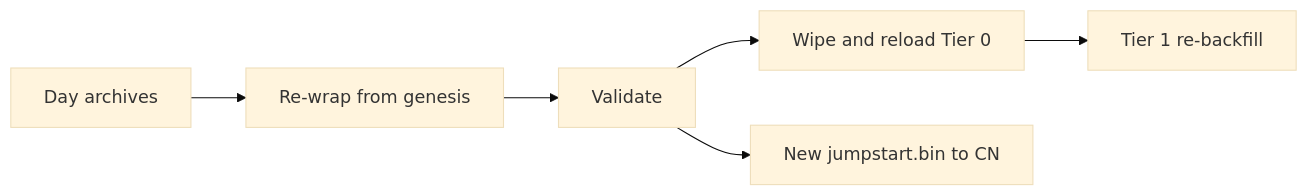
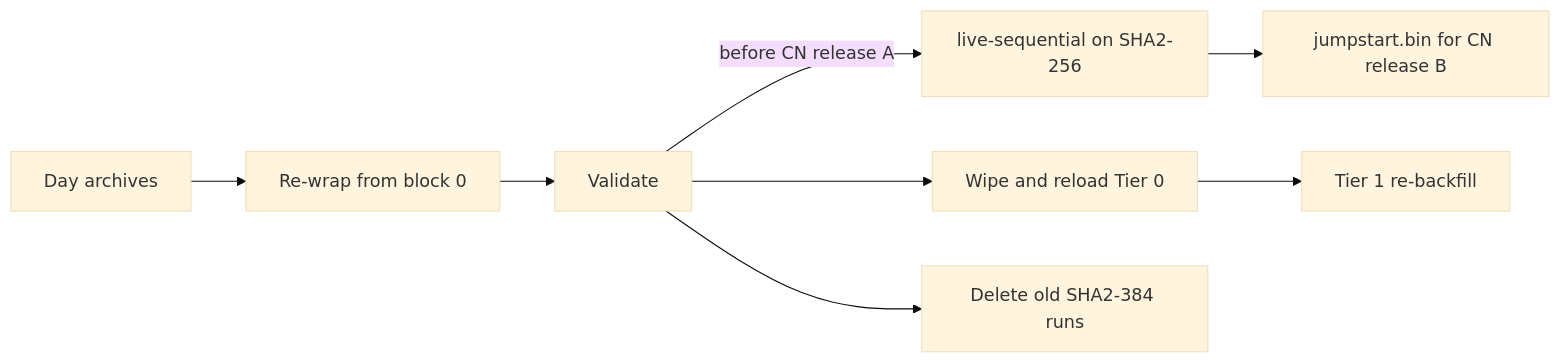
The second of 2 diagrams in docs/design/change-cli-wrap-algorithm.md (hiero-ledger/hiero-block-node), drawn with Mermaid (base theme) before and after one commit. The commit also changed other lines of this file and 1 other file, not shown here.

Commit message:
No SHA-384 hashing option, simplified design

````diff
--- a/docs/design/change-cli-wrap-algorithm.md
+++ b/docs/design/change-cli-wrap-algorithm.md
@@ -230,5 +142,8 @@
 ```mermaid
 flowchart LR
-    A[Day archives] --> RW[Re-wrap from genesis] --> VA[Validate] --> T0[Wipe and reload Tier 0] --> T1[Tier 1 re-backfill]
-    VA --> J[New jumpstart.bin to CN]
+    A[Day archives] --> RW[Re-wrap from block 0] --> VA[Validate]
+    VA -- "before CN release A" --> LS[live-sequential on SHA2-256]
+    LS --> J["jumpstart.bin for CN release B"]
+    VA --> T0[Wipe and reload Tier 0] --> T1[Tier 1 re-backfill]
+    VA --> DEL[Delete old SHA2-384 runs]
 ```
````
